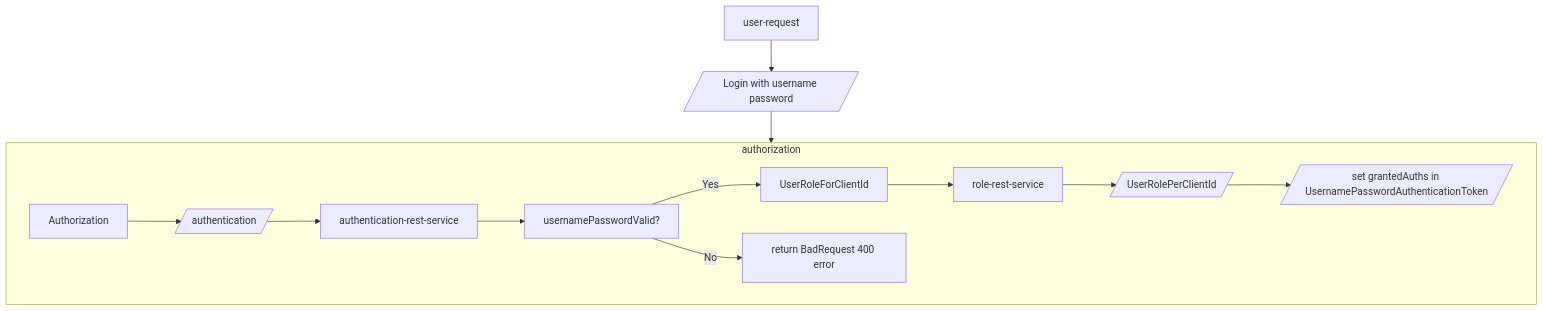
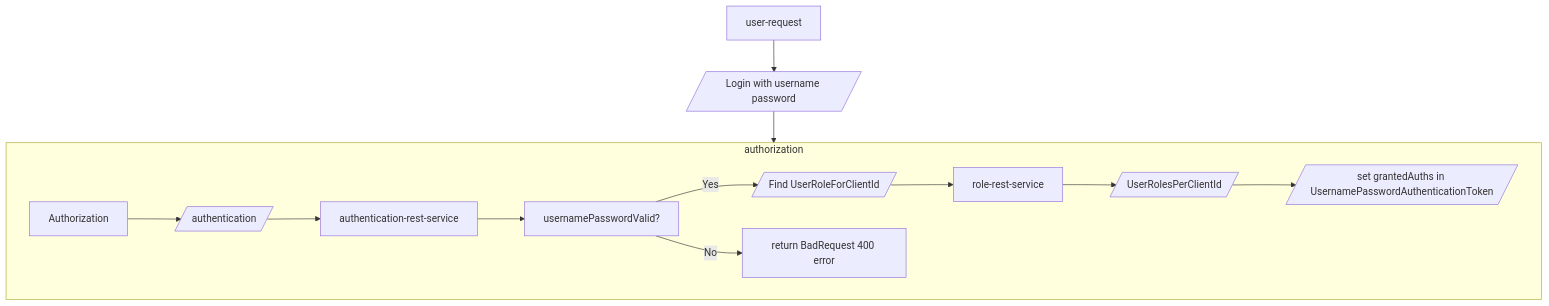
One commit to sonamsamdupkhangsar/spring-authorization-serve changed the diagram in README.md. Above: the diagram before and after it, drawn with Mermaid.

````diff
--- a/README.md
+++ b/README.md
@@ -35,13 +35,13 @@
 ```mermaid
 flowchart TD
  User[user-request] -->login[/Login with username password/]--> authorization[Authorization]
  
  subgraph authorization
  Authorization-->authenticate[/authentication/]--> authentication[authentication-rest-service]
  authentication --> validateUsernameAndPassword["usernamePasswordValid?"]
- validateUsernameAndPassword -->|Yes| getUserRoleForClientId[UserRoleForClientId]
+ validateUsernameAndPassword -->|Yes| getUserRoleForClientId[/Find UserRoleForClientId/]
  validateUsernameAndPassword -->|No| returnError[return BadRequest 400 error]
- getUserRoleForClientId --> role-rest-service--> roles[/UserRolePerClientId/]
+ getUserRoleForClientId --> role-rest-service--> roles[/UserRolesPerClientId/]
  roles --> populateGrantedAuths[/set grantedAuths in UsernamePasswordAuthenticationToken/]  
  end 
 ```
````
